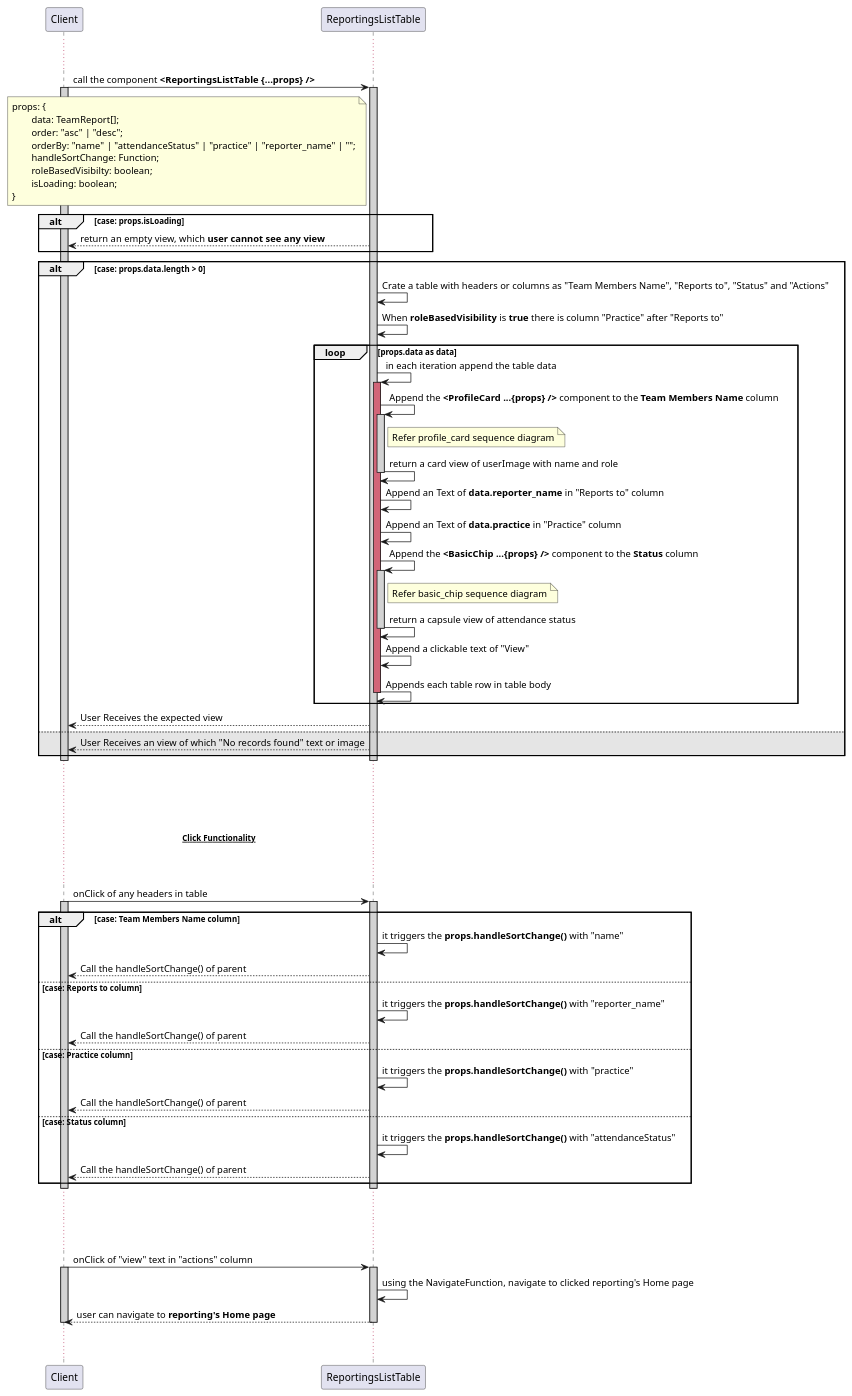
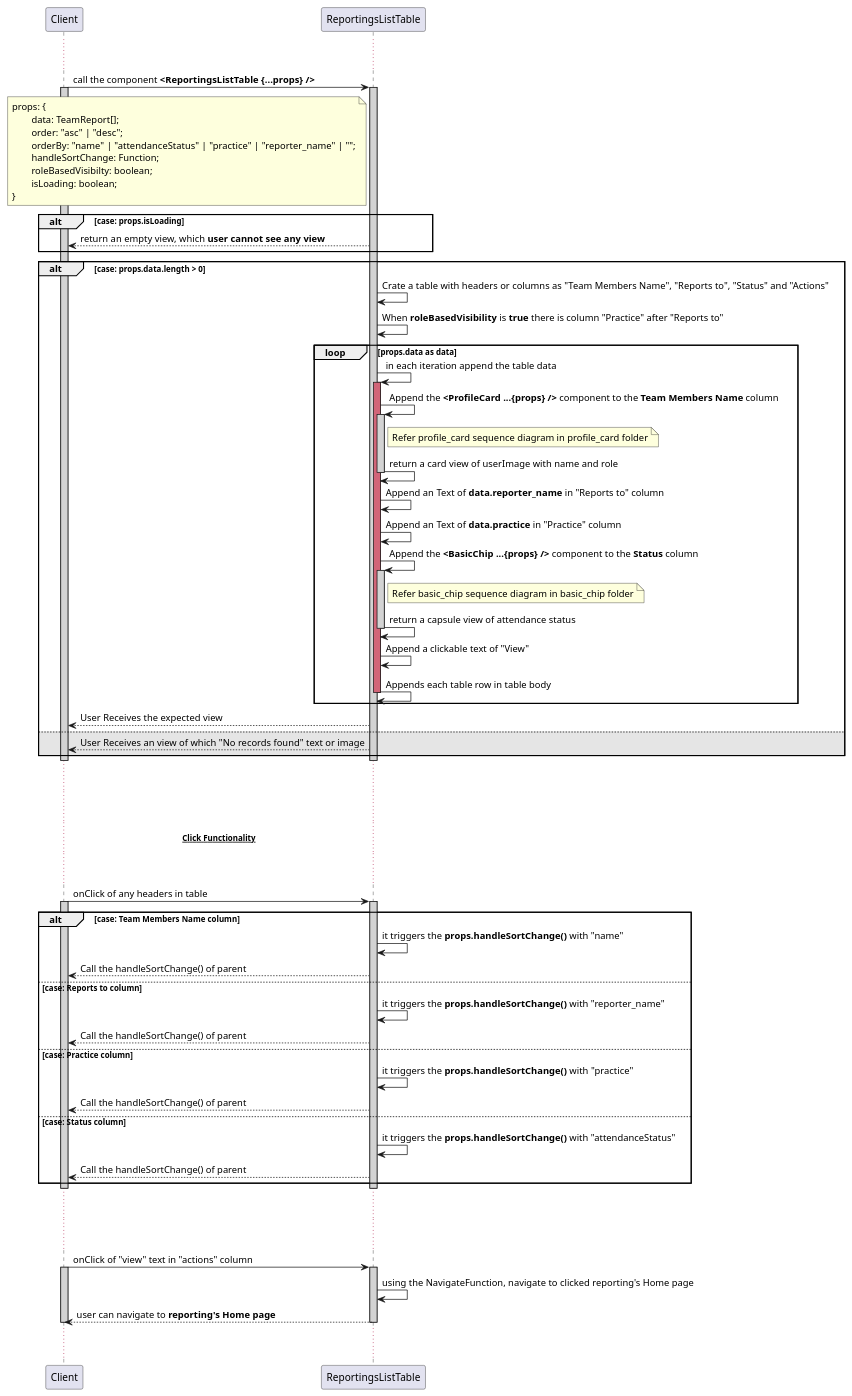
Before and after one commit to avasoft-mobility/workday-design: the diagram in frontend/components/reportings_list_table/reportings_list_table.sequence.puml, drawn with PlantUML. The commit also changed 6 other files, not shown here.

```diff
--- a/frontend/components/reportings_list_table/reportings_list_table.sequence.puml
+++ b/frontend/components/reportings_list_table/reportings_list_table.sequence.puml
@@ -1,87 +1,87 @@
 @startuml ReportingsListTable Component Sequence
 
 participant Client
 participant ReportingsListTable
 
 ... ...
 
 Client -> ReportingsListTable : call the component **<ReportingsListTable {...props} />**
 activate Client #D3D3D3
 activate ReportingsListTable #D3D3D3
 
     note left of ReportingsListTable : props: {\n\tdata: TeamReport[];\n\torder: "asc" | "desc";\n\torderBy: "name" | "attendanceStatus" | "practice" | "reporter_name" | "";\n\thandleSortChange: Function;\n\troleBasedVisibilty: boolean;\n\tisLoading: boolean;\n}
 
     alt case: props.isLoading 
         Client <-- ReportingsListTable : return an empty view, which **user cannot see any view**
     end
 
     alt case: props.data.length > 0 
         ReportingsListTable -> ReportingsListTable : Crate a table with headers or columns as "Team Members Name", "Reports to", "Status" and "Actions"
         ReportingsListTable -> ReportingsListTable : When **roleBasedVisibility** is **true** there is column "Practice" after "Reports to"
 
         loop props.data as data
             ReportingsListTable -> ReportingsListTable : in each iteration append the table data
             activate ReportingsListTable #D16578
                 ReportingsListTable -> ReportingsListTable : Append the **<ProfileCard ...{props} />** component to the **Team Members Name** column
                 activate ReportingsListTable #D3D3D3
-                    note right of ReportingsListTable : Refer profile_card sequence diagram
+                    note right of ReportingsListTable : Refer profile_card sequence diagram in profile_card folder
                     ReportingsListTable -> ReportingsListTable : return a card view of userImage with name and role
                 deactivate ReportingsListTable
                 ReportingsListTable -> ReportingsListTable :Append an Text of **data.reporter_name** in "Reports to" column
                 ReportingsListTable -> ReportingsListTable :Append an Text of **data.practice** in "Practice" column
 
                 ReportingsListTable -> ReportingsListTable : Append the **<BasicChip ...{props} />** component to the **Status** column
                 activate ReportingsListTable #D3D3D3
-                    note right of ReportingsListTable : Refer basic_chip sequence diagram
+                    note right of ReportingsListTable : Refer basic_chip sequence diagram in basic_chip folder
                     ReportingsListTable -> ReportingsListTable : return a capsule view of attendance status
                 deactivate ReportingsListTable
 
                 ReportingsListTable -> ReportingsListTable :Append a clickable text of "View"
                 ReportingsListTable -> ReportingsListTable :Appends each table row in table body
             deactivate ReportingsListTable
         end
         Client <-- ReportingsListTable : User Receives the expected view
     else #0000001a
         Client <-- ReportingsListTable : User Receives an view of which "No records found" text or image
     end
 deactivate ReportingsListTable
 deactivate Client
 
 ... ...
 ... ...
 ... ~~**Click Functionality**~~ ...
 ... ...
 
 Client -> ReportingsListTable : onClick of any headers in table
 
 activate Client #D3D3D3
 activate ReportingsListTable #D3D3D3
     alt case: Team Members Name column
         ReportingsListTable -> ReportingsListTable : it triggers the **props.handleSortChange()** with "name"
         Client <-- ReportingsListTable : Call the handleSortChange() of parent
     else case: Reports to column
         ReportingsListTable -> ReportingsListTable : it triggers the **props.handleSortChange()** with "reporter_name"
         Client <-- ReportingsListTable : Call the handleSortChange() of parent
     else case: Practice column
         ReportingsListTable -> ReportingsListTable : it triggers the **props.handleSortChange()** with "practice"
         Client <-- ReportingsListTable : Call the handleSortChange() of parent
     else case: Status column
         ReportingsListTable -> ReportingsListTable : it triggers the **props.handleSortChange()** with "attendanceStatus"
         Client <-- ReportingsListTable : Call the handleSortChange() of parent
     end
 deactivate ReportingsListTable
 deactivate Client
 
 ... ...
 ... ...
 
 Client -> ReportingsListTable : onClick of "view" text in "actions" column
 activate Client #D3D3D3
 activate ReportingsListTable #D3D3D3
     ReportingsListTable -> ReportingsListTable : using the NavigateFunction, navigate to clicked reporting's Home page
     Client <-- ReportingsListTable : user can navigate to **reporting's Home page**
 deactivate ReportingsListTable
 deactivate Client
 ... ...
 
 @enduml
```
